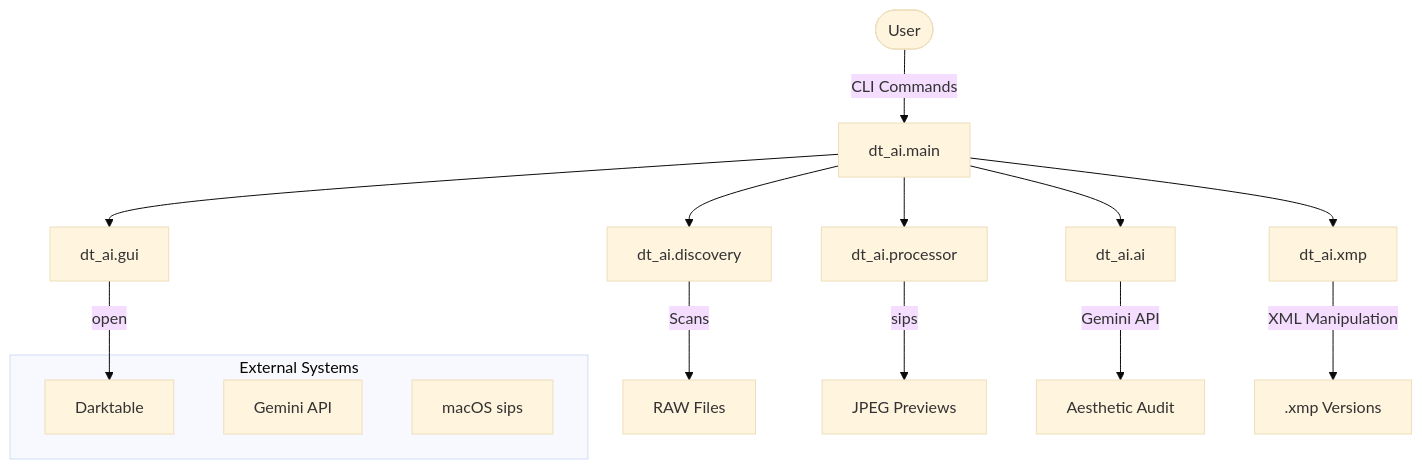
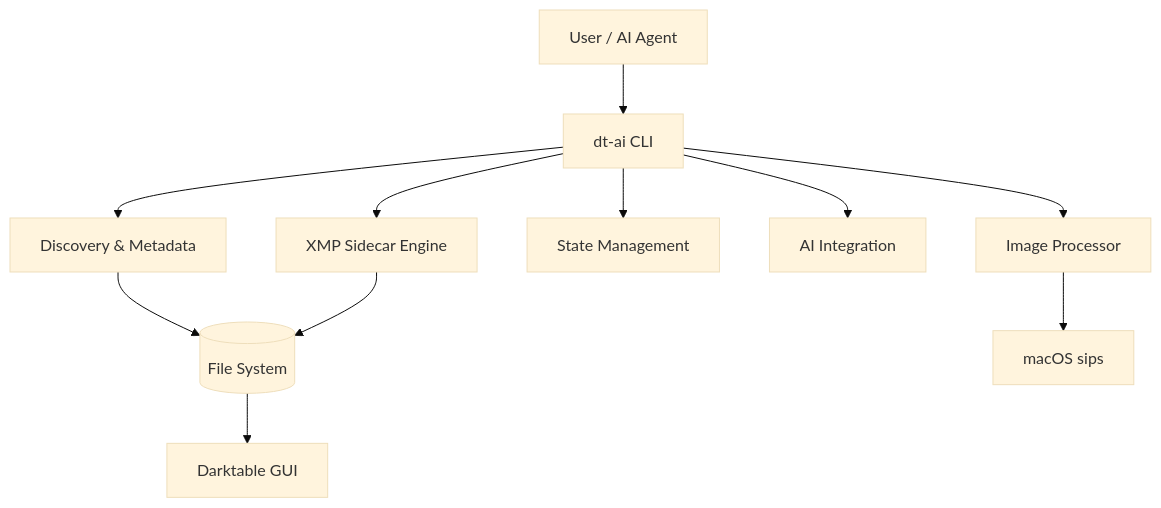
The diagram in .agents/summary/architecture.md (sharmask7777/genai-assisted-darktable), drawn with Mermaid (base theme) before and after one commit. The commit also changed other lines of this file and 10 other files, not shown here.

````diff
--- a/.agents/summary/architecture.md
+++ b/.agents/summary/architecture.md
@@ -7,21 +7,16 @@
 ```mermaid
 graph TD
-    User([User]) -- CLI Commands --> Main[dt_ai.main]
-    Main --> Discovery[dt_ai.discovery]
-    Main --> Processor[dt_ai.processor]
-    Main --> AI[dt_ai.ai]
-    Main --> XMP[dt_ai.xmp]
-    Main --> GUI[dt_ai.gui]
+    User[User / AI Agent] --> CLI[dt-ai CLI]
+    CLI --> Discovery[Discovery & Metadata]
+    CLI --> Processor[Image Processor]
+    CLI --> State[State Management]
     
-    Discovery -- Scans --> RAW[RAW Files]
-    Processor -- sips --> Previews[JPEG Previews]
-    AI -- Gemini API --> Analysis[Aesthetic Audit]
-    XMP -- XML Manipulation --> Sidecars[.xmp Versions]
-    GUI -- open --> DT[Darktable]
+    Discovery --> FileSystem[(File System)]
+    Processor --> SIPS[macOS sips]
     
-    subgraph "External Systems"
-        DT
-        Gemini[Gemini API]
-        SIPS[macOS sips]
-    end
+    CLI --> AI[AI Integration]
+    CLI --> XMP[XMP Sidecar Engine]
+    
+    XMP --> FileSystem
+    FileSystem --> Darktable[Darktable GUI]
 ```
````
